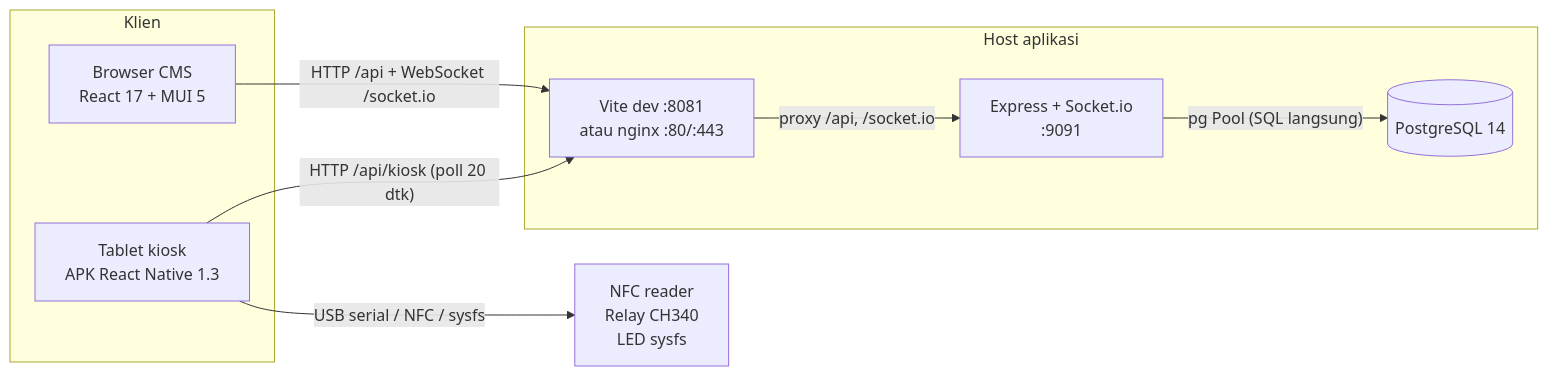
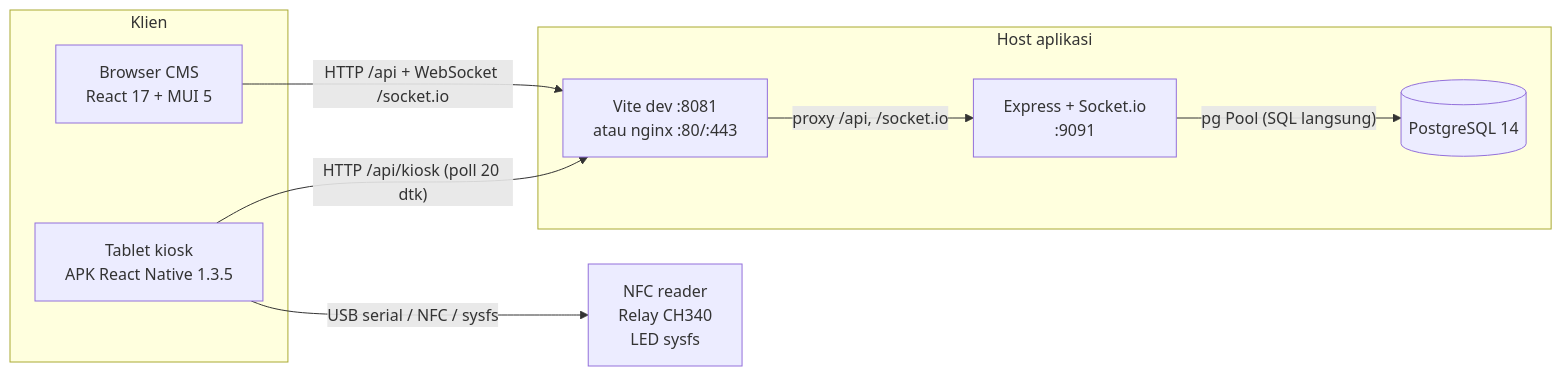
One commit to goodmeow/app_booking changed the first of 5 diagrams in docs/architecture.md. Above: the diagram before and after it, drawn with Mermaid. The commit also changed other lines of this file and 14 other files, not shown here.

````diff
--- a/docs/architecture.md
+++ b/docs/architecture.md
@@ -28,21 +28,21 @@
 ```mermaid
 flowchart LR
   subgraph Klien
     CMS["Browser CMS<br/>React 17 + MUI 5"]
-    KIOSK["Tablet kiosk<br/>APK React Native 1.3"]
+    KIOSK["Tablet kiosk<br/>APK React Native 1.3.5"]
   end
 
   subgraph Host["Host aplikasi"]
     EDGE["Vite dev :8081<br/>atau nginx :80/:443"]
     API["Express + Socket.io<br/>:9091"]
     DB[("PostgreSQL 14")]
   end
 
   HW["NFC reader<br/>Relay CH340<br/>LED sysfs"]
 
   CMS -->|"HTTP /api + WebSocket /socket.io"| EDGE
   EDGE -->|"proxy /api, /socket.io"| API
   API -->|"pg Pool (SQL langsung)"| DB
   KIOSK -->|"HTTP /api/kiosk (poll 20 dtk)"| EDGE
   KIOSK -->|"USB serial / NFC / sysfs"| HW
 ```
````
